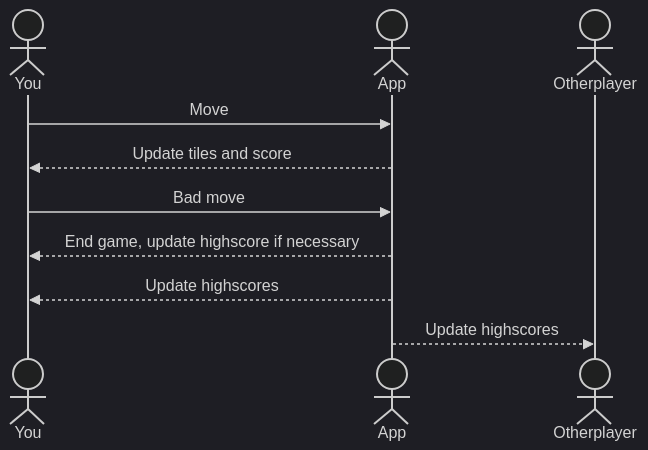
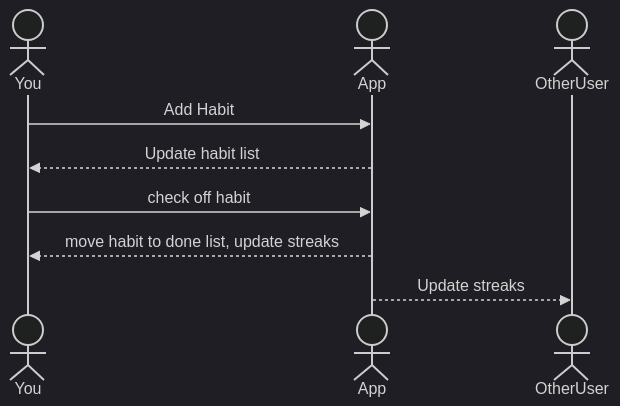
Before and after one commit to TalmageWoodhouse/Startup: the diagram in README.md, drawn with Mermaid (dark theme). The commit also changed other lines of this file, not shown here.

````diff
--- a/README.md
+++ b/README.md
@@ -33,13 +33,12 @@
 ```mermaid
 sequenceDiagram
     actor You
     actor App
-    actor Otherplayer
-    You ->> App: Move
-    App -->> You: Update tiles and score
-    You ->> App: Bad move
-    App -->> You: End game, update highscore if necessary
-    App -->> You: Update highscores
-    App -->> Otherplayer: Update highscores
+    actor OtherUser
+    You ->> App: Add Habit
+    App -->> You: Update habit list
+    You ->> App: check off habit
+    App -->> You: move habit to done list, update streaks
+    App -->> OtherUser: Update streaks
 
 ```
````
